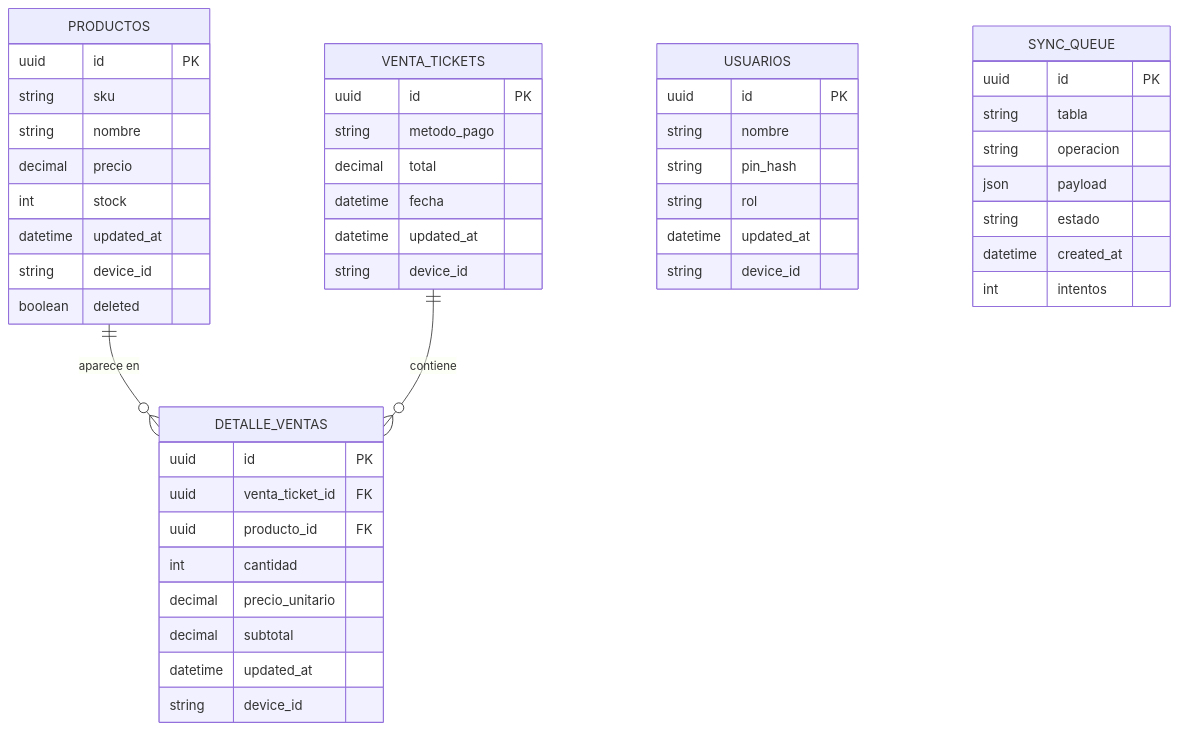
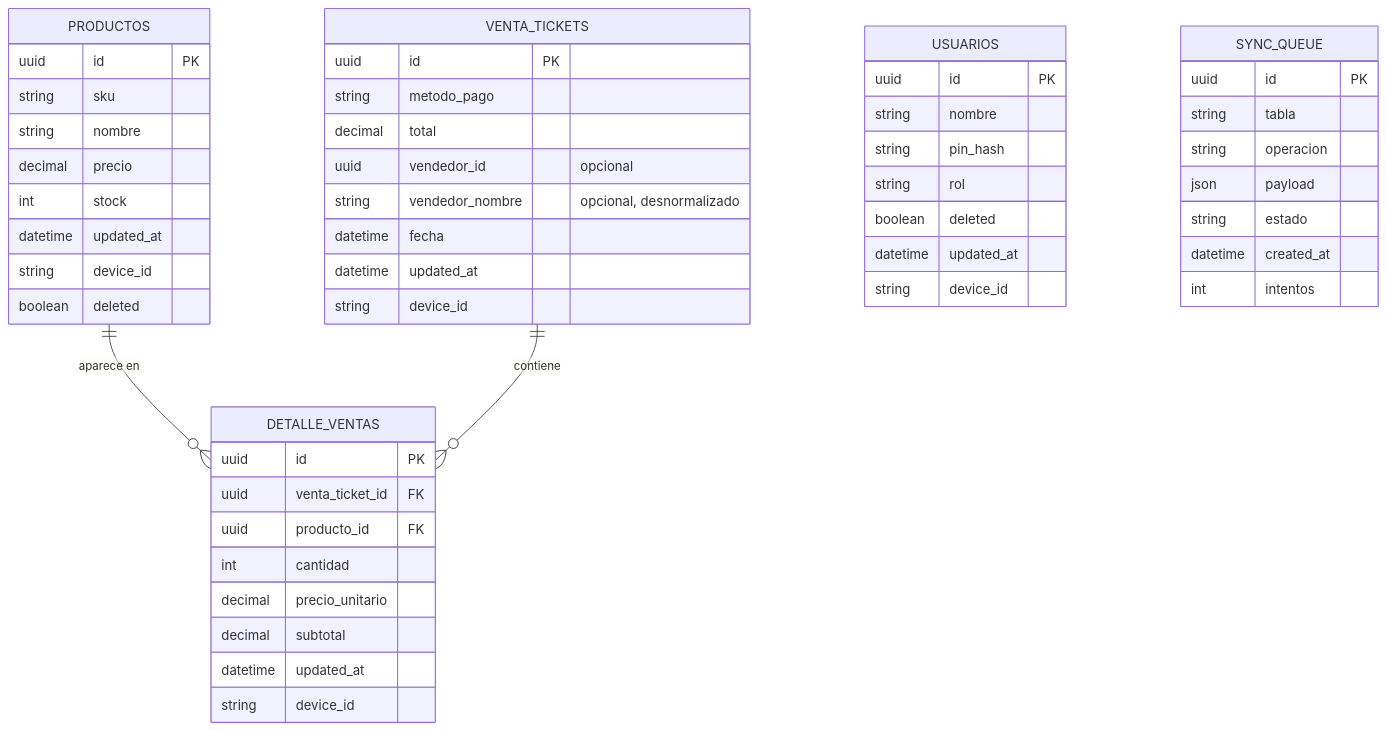
Before and after one commit to alexandrafs5/StockBridge: the second of 7 diagrams in docs/arquitectura.md, drawn with Mermaid. The commit also changed other lines of this file and 1 other file, not shown here.

````diff
--- a/docs/arquitectura.md
+++ b/docs/arquitectura.md
@@ -122,51 +127,54 @@
 ```mermaid
 erDiagram
     PRODUCTOS ||--o{ DETALLE_VENTAS : "aparece en"
     VENTA_TICKETS ||--o{ DETALLE_VENTAS : "contiene"
 
     PRODUCTOS {
         uuid id PK
         string sku
         string nombre
         decimal precio
         int stock
         datetime updated_at
         string device_id
         boolean deleted
     }
     VENTA_TICKETS {
         uuid id PK
         string metodo_pago
         decimal total
+        uuid vendedor_id "opcional"
+        string vendedor_nombre "opcional, desnormalizado"
         datetime fecha
         datetime updated_at
         string device_id
     }
     DETALLE_VENTAS {
         uuid id PK
         uuid venta_ticket_id FK
         uuid producto_id FK
         int cantidad
         decimal precio_unitario
         decimal subtotal
         datetime updated_at
         string device_id
     }
     USUARIOS {
         uuid id PK
         string nombre
         string pin_hash
         string rol
+        boolean deleted
         datetime updated_at
         string device_id
     }
     SYNC_QUEUE {
         uuid id PK
         string tabla
         string operacion
         json payload
         string estado
         datetime created_at
         int intentos
     }
 ```
````
